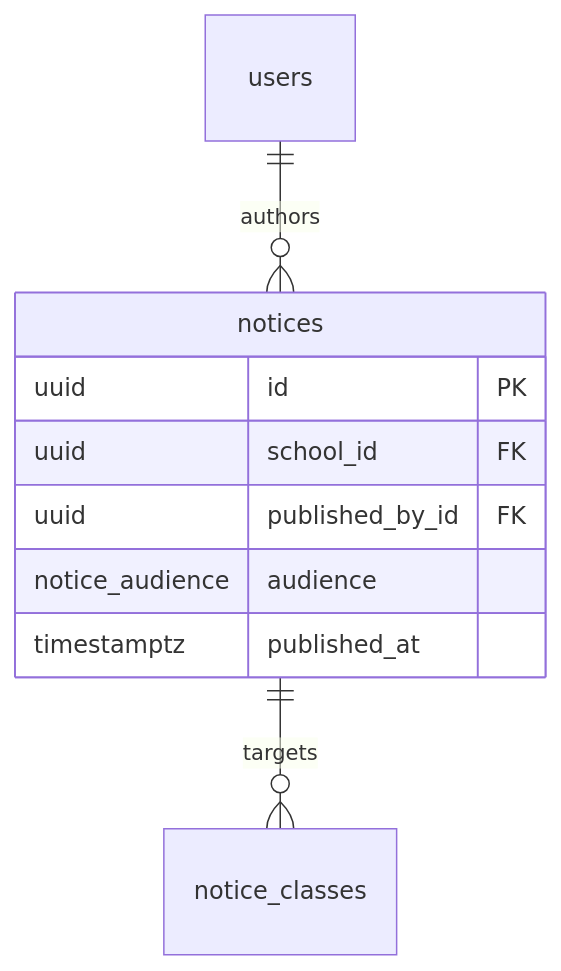
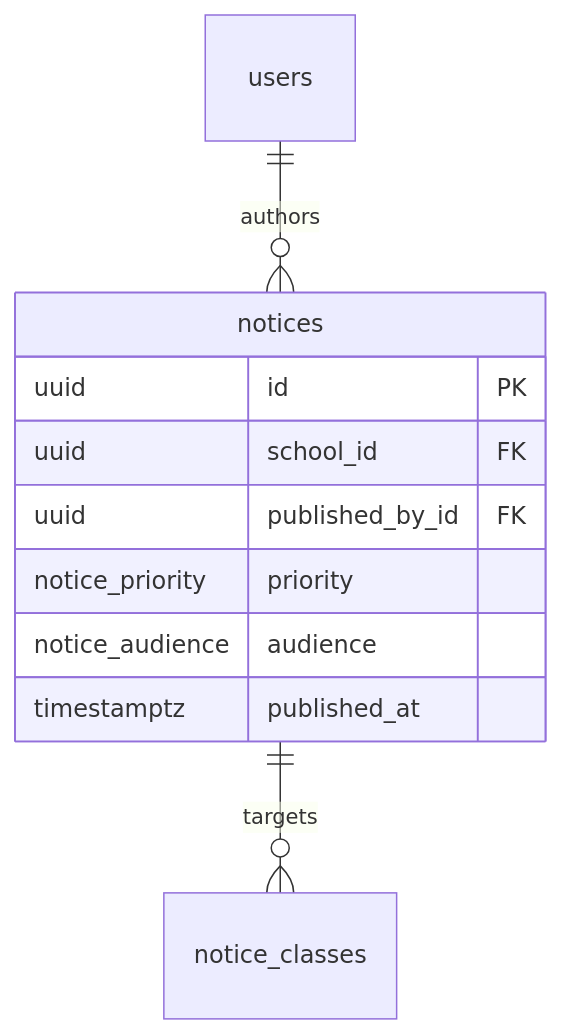
One commit to rahmat058/school-flow-ai changed diagram 40 of 45 in docs/backend/Database.md. Above: the diagram before and after it, drawn with Mermaid. The commit also changed other lines of this file and 13 other files, not shown here.

````diff
--- a/docs/backend/Database.md
+++ b/docs/backend/Database.md
@@ -1571,12 +1574,13 @@
 ```mermaid
 erDiagram
   users ||--o{ notices : "authors"
   notices ||--o{ notice_classes : "targets"
   notices {
     uuid id PK
     uuid school_id FK
     uuid published_by_id FK
+    notice_priority priority
     notice_audience audience
     timestamptz published_at
   }
 ```
````
